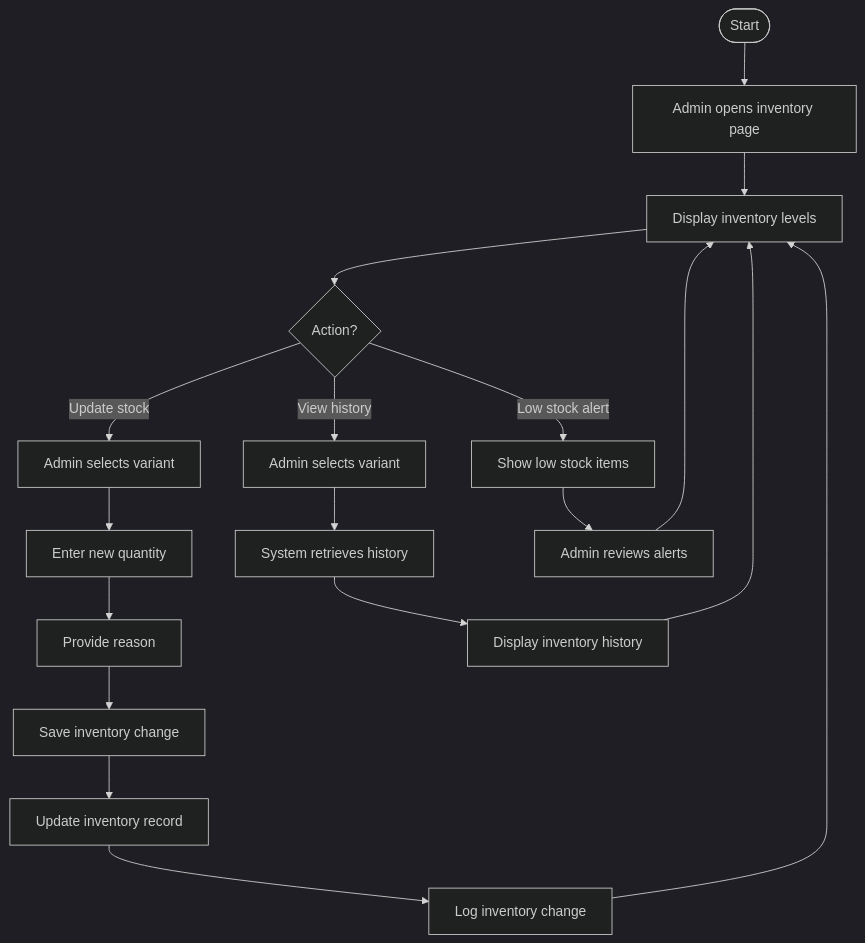
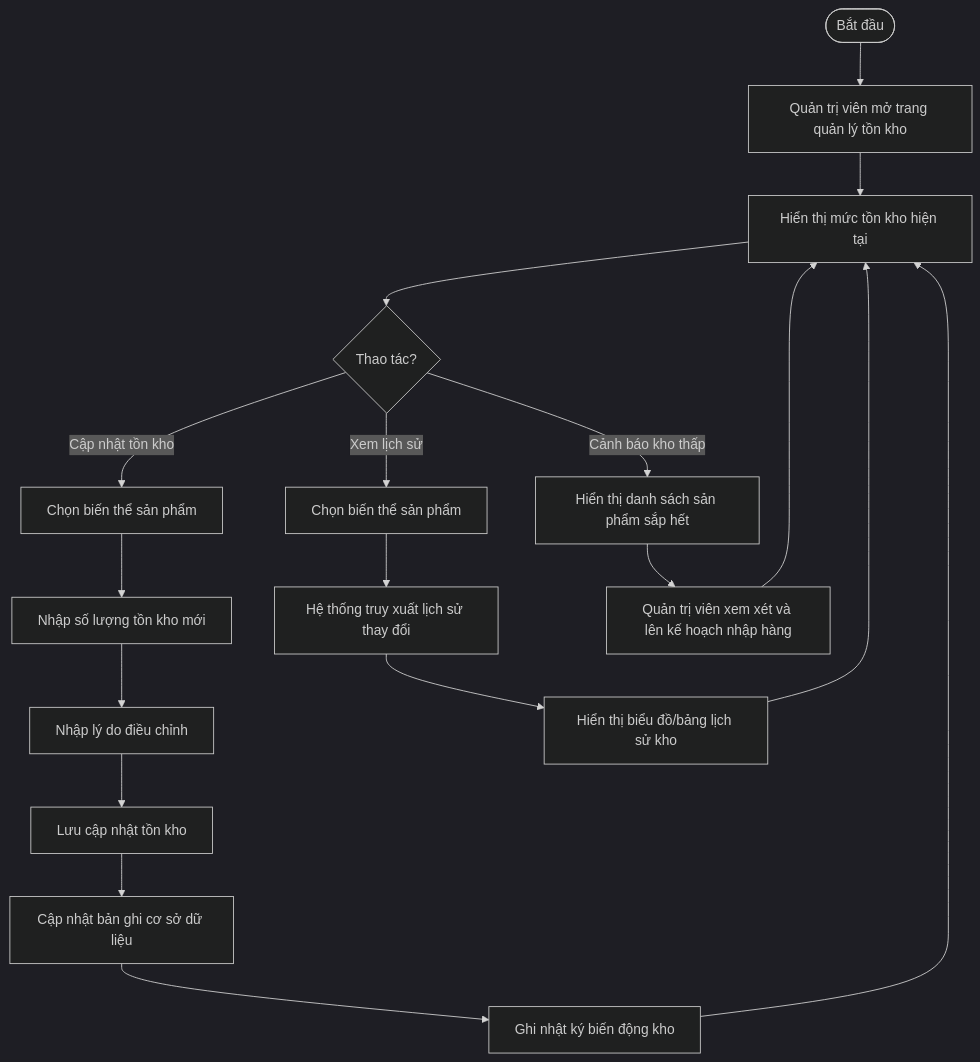
Before and after one commit to DanhTrannn/TLCN: diagram 14 of 57 in docs/design-analysis/OOSAD_ANALYSIS.md, drawn with Mermaid (dark theme). The commit also changed other lines of this file, not shown here.

````diff
--- a/docs/design-analysis/OOSAD_ANALYSIS.md
+++ b/docs/design-analysis/OOSAD_ANALYSIS.md
@@ -1002,23 +1004,23 @@
 ```mermaid
 flowchart TD
-    Start([Start]) --> A[Admin opens inventory page]
-    A --> B[Display inventory levels]
-    B --> C{Action?}
+    Start([Bắt đầu]) --> A[Quản trị viên mở trang quản lý tồn kho]
+    A --> B[Hiển thị mức tồn kho hiện tại]
+    B --> C{Thao tác?}
     
-    C -->|Update stock| D[Admin selects variant]
-    D --> E[Enter new quantity]
-    E --> F[Provide reason]
-    F --> G[Save inventory change]
-    G --> H[Update inventory record]
-    H --> I[Log inventory change]
+    C -->|Cập nhật tồn kho| D[Chọn biến thể sản phẩm]
+    D --> E[Nhập số lượng tồn kho mới]
+    E --> F[Nhập lý do điều chỉnh]
+    F --> G[Lưu cập nhật tồn kho]
+    G --> H[Cập nhật bản ghi cơ sở dữ liệu]
+    H --> I[Ghi nhật ký biến động kho]
     I --> B
     
-    C -->|View history| J[Admin selects variant]
-    J --> K[System retrieves history]
-    K --> L[Display inventory history]
+    C -->|Xem lịch sử| J[Chọn biến thể sản phẩm]
+    J --> K[Hệ thống truy xuất lịch sử thay đổi]
+    K --> L[Hiển thị biểu đồ/bảng lịch sử kho]
     L --> B
     
-    C -->|Low stock alert| M[Show low stock items]
-    M --> N[Admin reviews alerts]
+    C -->|Cảnh báo kho thấp| M[Hiển thị danh sách sản phẩm sắp hết]
+    M --> N[Quản trị viên xem xét và lên kế hoạch nhập hàng]
     N --> B
 ```
````
